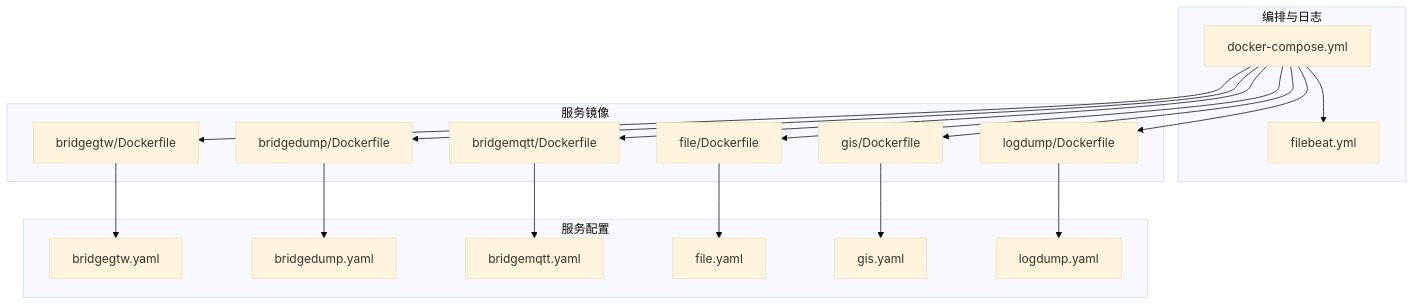
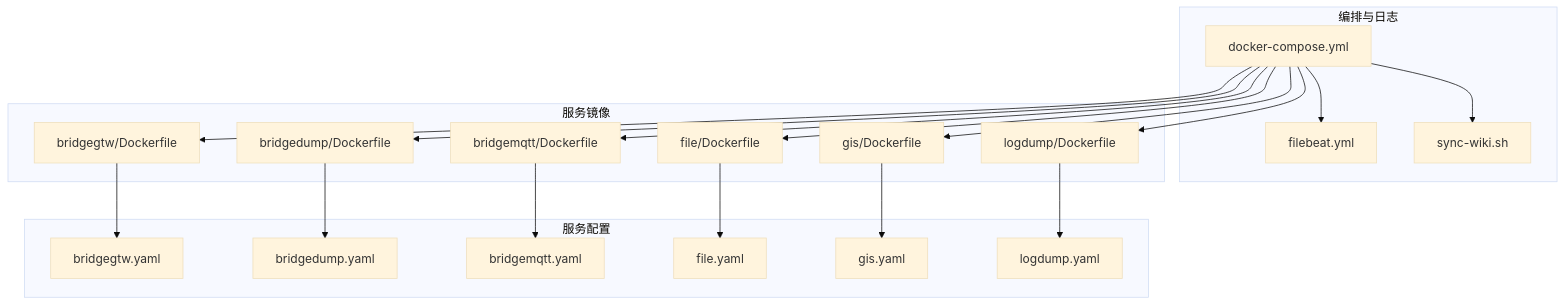
One commit to maomao94/zero-service changed the first of 7 diagrams in .qoder/repowiki/zh/content/部署与运维/部署与运维.md. Above: the diagram before and after it, drawn with Mermaid (base theme). The commit also changed other lines of this file and 8 other files, not shown here.

````diff
--- a/.qoder/repowiki/zh/content/部署与运维/部署与运维.md
+++ b/.qoder/repowiki/zh/content/部署与运维/部署与运维.md
@@ -47,36 +59,38 @@
 ```mermaid
 graph TB
 subgraph "编排与日志"
 DC["docker-compose.yml"]
 FB["filebeat.yml"]
+SW["sync-wiki.sh"]
 end
 subgraph "服务镜像"
 BGW["bridgegtw/Dockerfile"]
 BDM["bridgedump/Dockerfile"]
 BMQ["bridgemqtt/Dockerfile"]
 FIL["file/Dockerfile"]
 GIS["gis/Dockerfile"]
 LOG["logdump/Dockerfile"]
 end
 subgraph "服务配置"
 CFG_BGW["bridgegtw.yaml"]
 CFG_BDM["bridgedump.yaml"]
 CFG_BMQ["bridgemqtt.yaml"]
 CFG_FIL["file.yaml"]
 CFG_GIS["gis.yaml"]
 CFG_LOG["logdump.yaml"]
 end
 DC --> FB
+DC --> SW
 DC --> BGW
 DC --> BDM
 DC --> BMQ
 DC --> FIL
 DC --> GIS
 DC --> LOG
 BGW --> CFG_BGW
 BDM --> CFG_BDM
 BMQ --> CFG_BMQ
 FIL --> CFG_FIL
 GIS --> CFG_GIS
 LOG --> CFG_LOG
 ```
````
